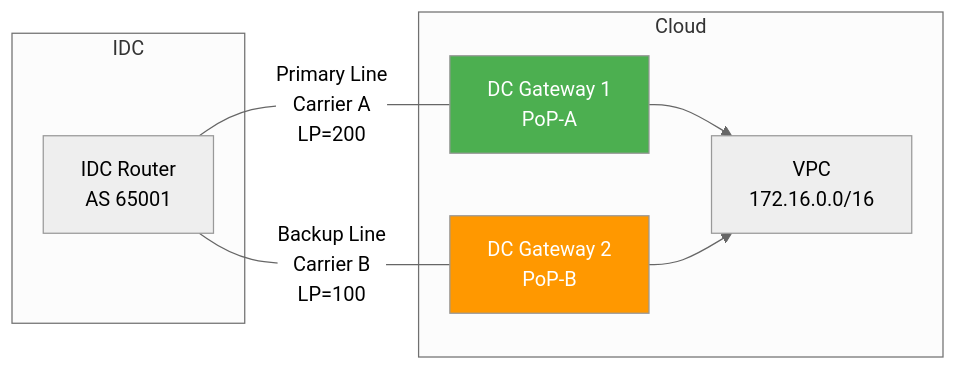
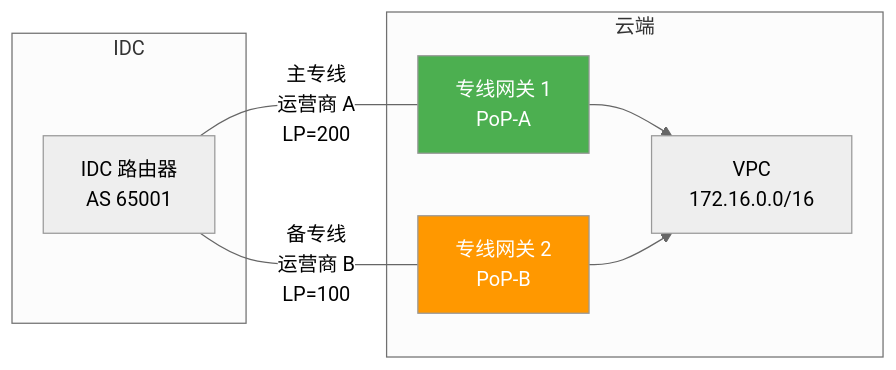
One commit to caozhiyi/network-book changed the third of 4 diagrams in docs/21.拉一根光纤专线接入.md. Above: the diagram before and after it, drawn with Mermaid (neutral theme). The commit also changed other lines of this file and 36 other files, not shown here.

````diff
--- a/docs/21.拉一根光纤专线接入.md
+++ b/docs/21.拉一根光纤专线接入.md
@@ -165,20 +143,20 @@
 ```mermaid
 graph LR
-    subgraph IDC
-        R[IDC Router<br/>AS 65001]
+    subgraph IDC[IDC]
+        R[IDC 路由器<br/>AS 65001]
     end
 
-    subgraph Cloud
-        GW1[DC Gateway 1<br/>PoP-A]
-        GW2[DC Gateway 2<br/>PoP-B]
+    subgraph Cloud[云端]
+        GW1[专线网关 1<br/>PoP-A]
+        GW2[专线网关 2<br/>PoP-B]
         VPC[VPC<br/>172.16.0.0/16]
     end
 
-    R ---|Primary Line<br/>Carrier A<br/>LP=200| GW1
-    R ---|Backup Line<br/>Carrier B<br/>LP=100| GW2
+    R ---|主专线<br/>运营商 A<br/>LP=200| GW1
+    R ---|备专线<br/>运营商 B<br/>LP=100| GW2
     GW1 --> VPC
     GW2 --> VPC
 
     style GW1 fill:#4CAF50,color:#fff
     style GW2 fill:#FF9800,color:#fff
 ```
````
